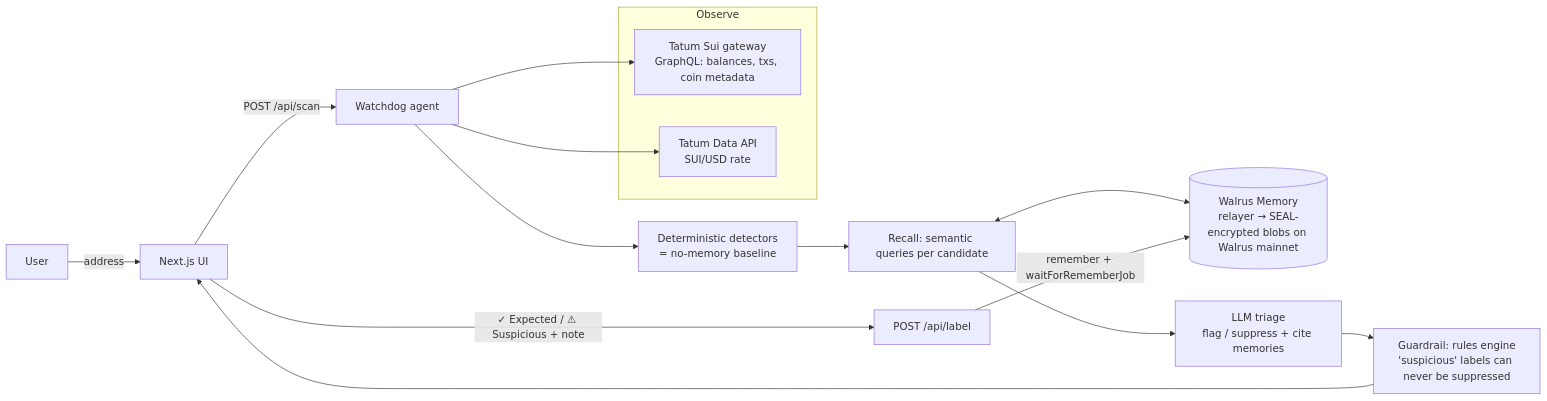
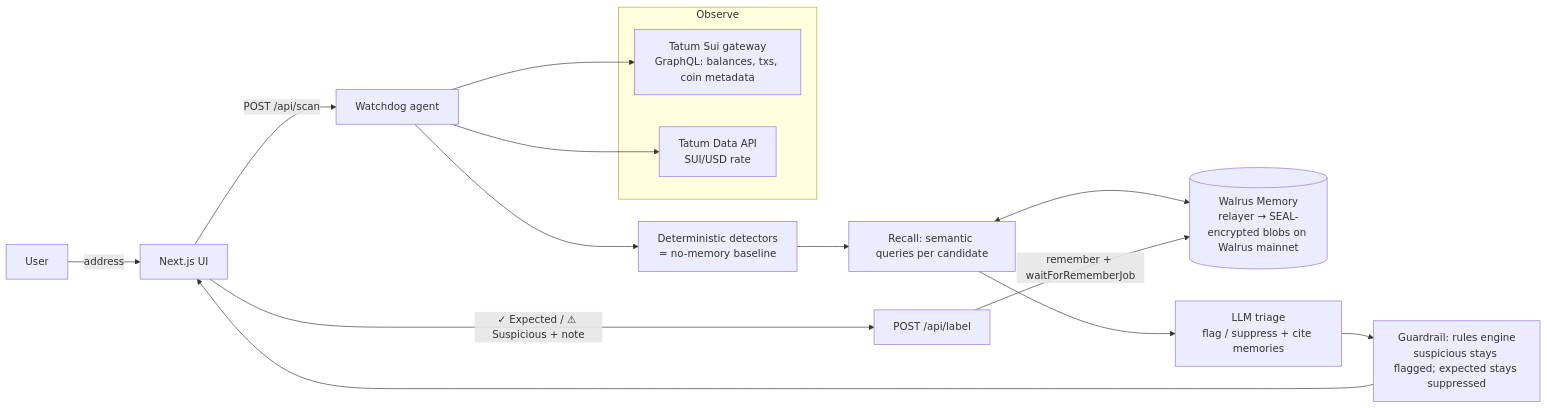
One commit to aiispowerful/sui-wallet-watchdog changed the diagram in README.md. Above: the diagram before and after it, drawn with Mermaid. The commit also changed other lines of this file and 12 other files, not shown here.

````diff
--- a/README.md
+++ b/README.md
@@ -17,18 +17,18 @@
 ```mermaid
 flowchart LR
     U[User] -- address --> UI[Next.js UI]
     UI -- POST /api/scan --> A[Watchdog agent]
     subgraph Observe
       T1[Tatum Sui gateway<br/>GraphQL: balances, txs, coin metadata]
       T2[Tatum Data API<br/>SUI/USD rate]
     end
     A --> T1 & T2
     A --> D[Deterministic detectors<br/>= no-memory baseline]
     D --> R[Recall: semantic queries per candidate]
     R <--> W[(Walrus Memory<br/>relayer → SEAL-encrypted blobs on Walrus mainnet)]
     R --> L[LLM triage<br/>flag / suppress + cite memories]
-    L --> G[Guardrail: rules engine<br/>'suspicious' labels can never be suppressed]
+    L --> G[Guardrail: rules engine<br/>suspicious stays flagged; expected stays suppressed]
     G --> UI
     UI -- "✓ Expected / ⚠ Suspicious + note" --> M[POST /api/label]
     M -- remember + waitForRememberJob --> W
 ```
````
